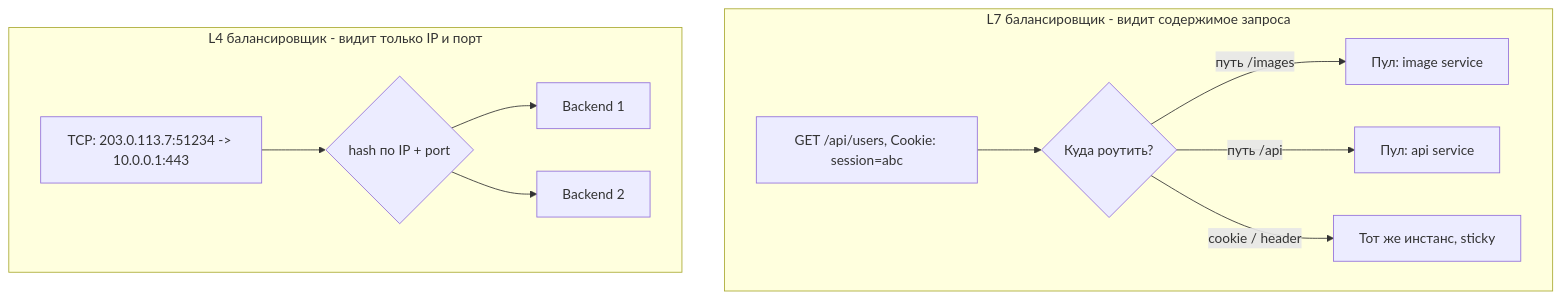
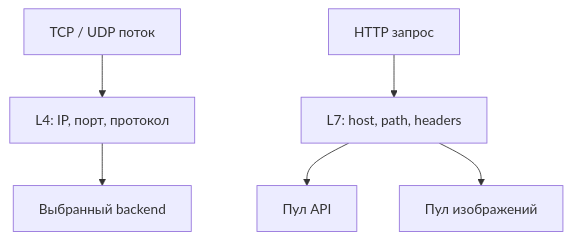
The second of 5 diagrams in 01-building-blocks/load-balancing.md (AlohaJava/system-design-interview-chamkin), drawn with Mermaid before and after one commit. The commit also changed other lines of this file and 49 other files, not shown here.

````diff
--- a/01-building-blocks/load-balancing.md
+++ b/01-building-blocks/load-balancing.md
@@ -89,14 +92,8 @@
 ```mermaid
 flowchart TB
-    subgraph L7["L7 балансировщик - видит содержимое запроса"]
-        R1["GET /api/users, Cookie: session=abc"] --> D1{"Куда роутить?"}
-        D1 -->|"путь /images"| P1["Пул: image service"]
-        D1 -->|"путь /api"| P2["Пул: api service"]
-        D1 -->|"cookie / header"| P3["Тот же инстанс, sticky"]
-    end
-    subgraph L4["L4 балансировщик - видит только IP и порт"]
-        R2["TCP: 203.0.113.7:51234 -> 10.0.0.1:443"] --> D2{"hash по IP + port"}
-        D2 --> B1["Backend 1"]
-        D2 --> B2["Backend 2"]
-    end
+    T["TCP / UDP поток"] --> L4["L4: IP, порт, протокол"]
+    L4 --> B["Выбранный backend"]
+    H["HTTP запрос"] --> L7["L7: host, path, headers"]
+    L7 --> A["Пул API"]
+    L7 --> I["Пул изображений"]
 ```
````
